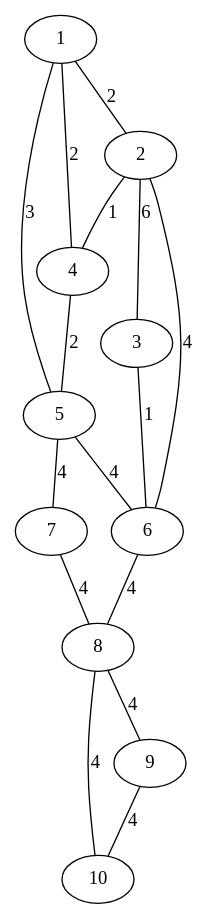
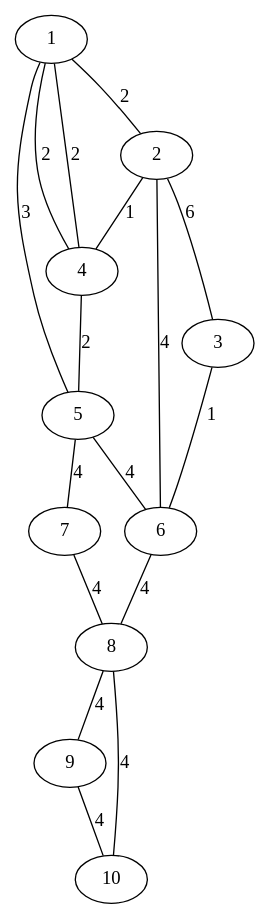
One commit to enzo-cos/GrafProject changed the diagram in Eulerian2.gv. Above: the diagram before and after it, drawn with Graphviz. The commit also changed 4 other files, not shown here.

```diff
--- a/Eulerian2.gv
+++ b/Eulerian2.gv
@@ -1,17 +1,18 @@
 graph {
 	1 -- 4[len=2,label=2];
-	1 -- 2[len=2,label=2];
-	1 -- 5[len=3,label=3];
-	2 -- 4[len=1,label=1];
-	2 -- 6[len=4,label=4];
-	2 -- 3[len=6,label=6];
-	3 -- 6[len=1,label=1];
-	4 -- 5[len=2,label=2];
-	5 -- 6[len=4,label=4];
-	5 -- 7[len=4,label=4];
-	6 -- 8[len=4,label=4];
-	7 -- 8[len=4,label=4];
-	8 -- 9[len=4,label=4];
-	8 -- 10[len=4,label=4];
-	9 -- 10[len=4,label=4];
+    1 -- 4[len=2,label=2];
+    1 -- 2[len=2,label=2];
+    1 -- 5[len=3,label=3];
+    2 -- 4[len=1,label=1];
+    2 -- 6[len=4,label=4];
+    2 -- 3[len=6,label=6];
+    3 -- 6[len=1,label=1];
+    4 -- 5[len=2,label=2];
+    5 -- 6[len=4,label=4];
+    5 -- 7[len=4,label=4];
+    6 -- 8[len=4,label=4];
+    7 -- 8[len=4,label=4];
+    8 -- 9[len=4,label=4];
+    8 -- 10[len=4,label=4];
+    9 -- 10[len=4,label=4];
 }
```
